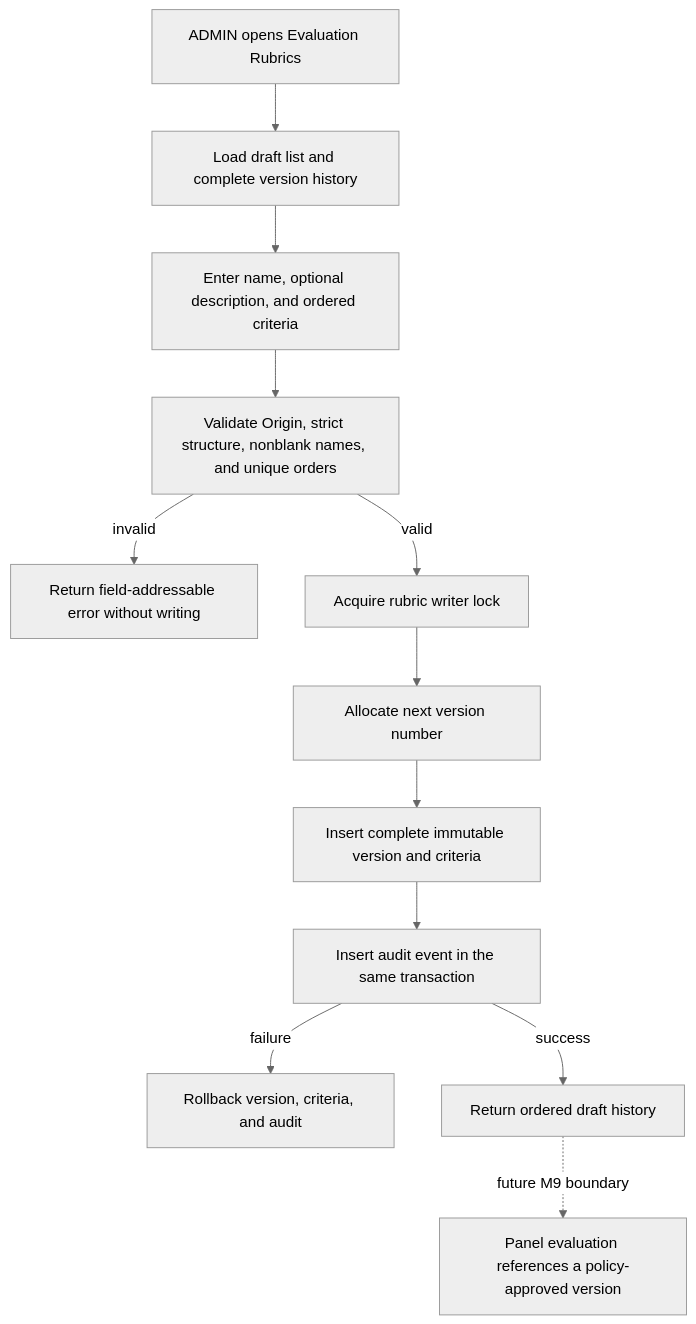
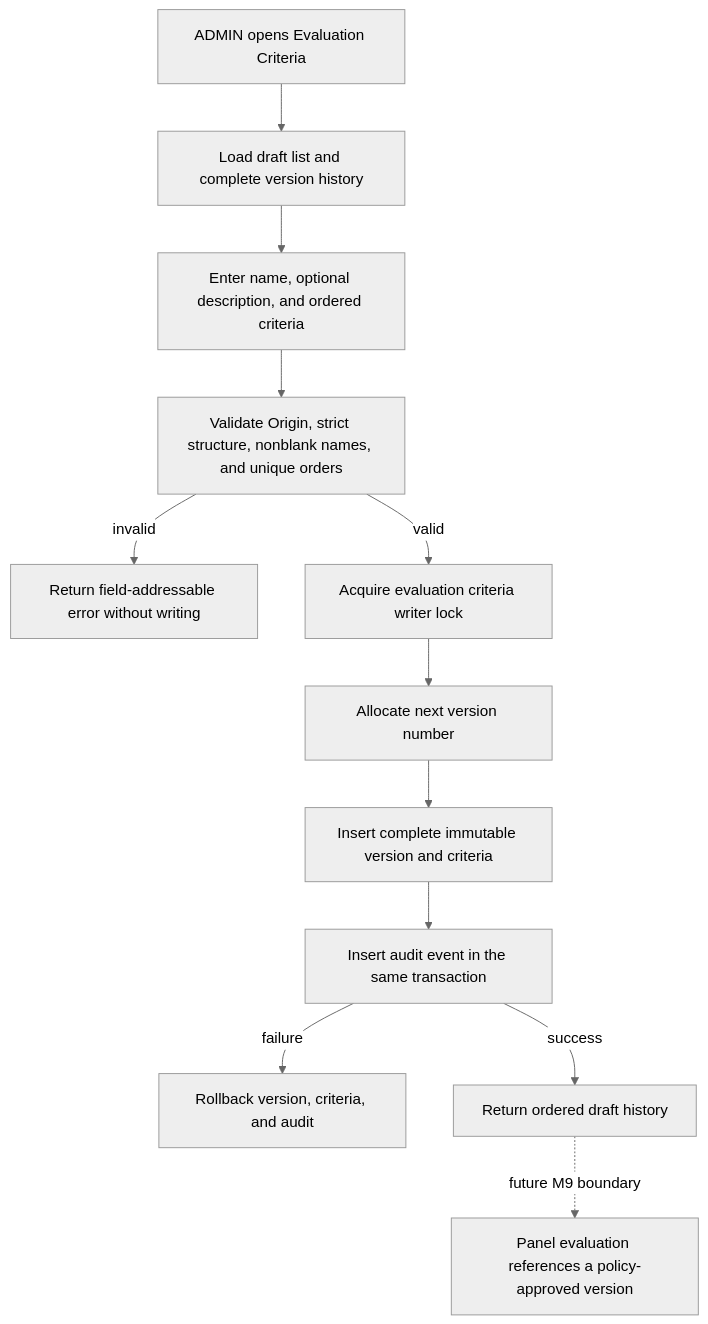
The ninth of 13 diagrams in docs/p1-workflows.md (farazd63/FYPHub), drawn with Mermaid (neutral theme) before and after one commit. The commit also changed other lines of this file and 37 other files, not shown here.

````diff
--- a/docs/p1-workflows.md
+++ b/docs/p1-workflows.md
@@ -172,14 +172,14 @@
 ```mermaid
 flowchart TD
-    A[ADMIN opens Evaluation Rubrics] --> B[Load draft list and complete version history]
+    A[ADMIN opens Evaluation Criteria] --> B[Load draft list and complete version history]
     B --> C[Enter name, optional description, and ordered criteria]
     C --> D[Validate Origin, strict structure, nonblank names, and unique orders]
     D -->|invalid| E[Return field-addressable error without writing]
-    D -->|valid| F[Acquire rubric writer lock]
+    D -->|valid| F[Acquire evaluation criteria writer lock]
     F --> G[Allocate next version number]
     G --> H[Insert complete immutable version and criteria]
     H --> I[Insert audit event in the same transaction]
     I -->|failure| J[Rollback version, criteria, and audit]
     I -->|success| K[Return ordered draft history]
     K -. future M9 boundary .-> L[Panel evaluation references a policy-approved version]
 ```
````
